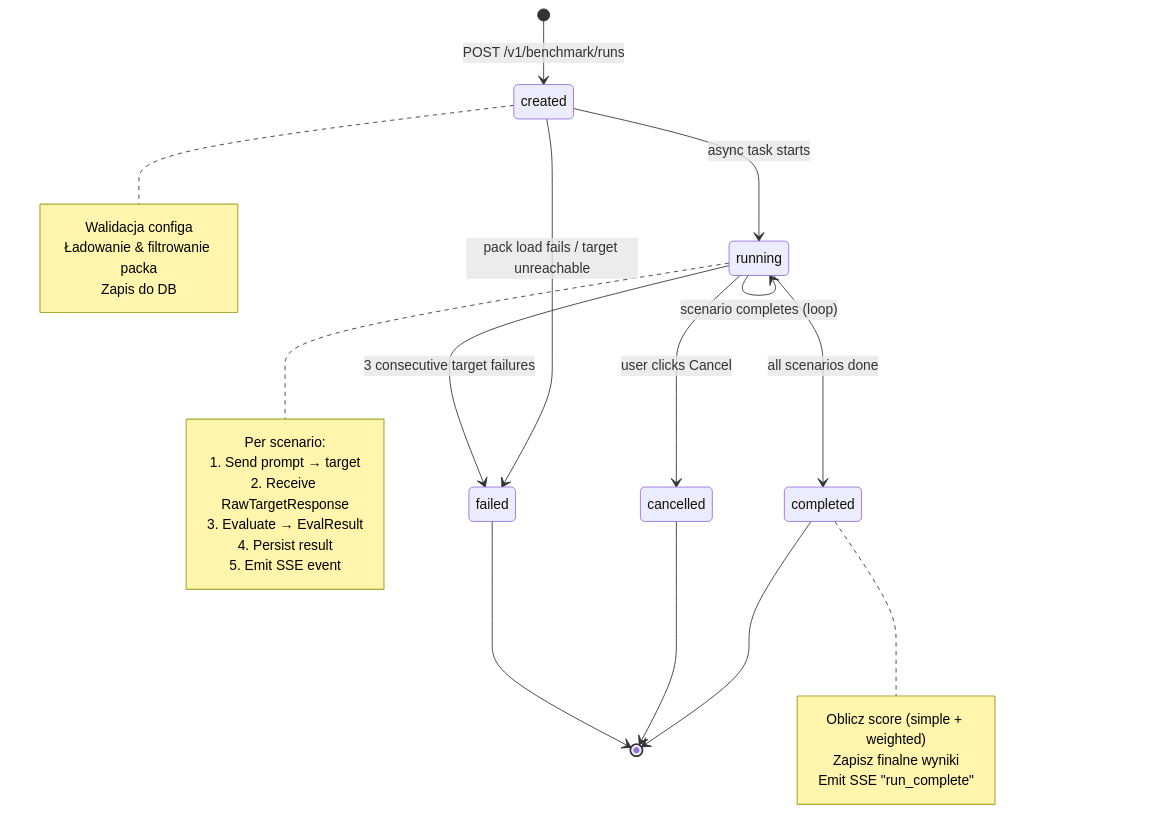
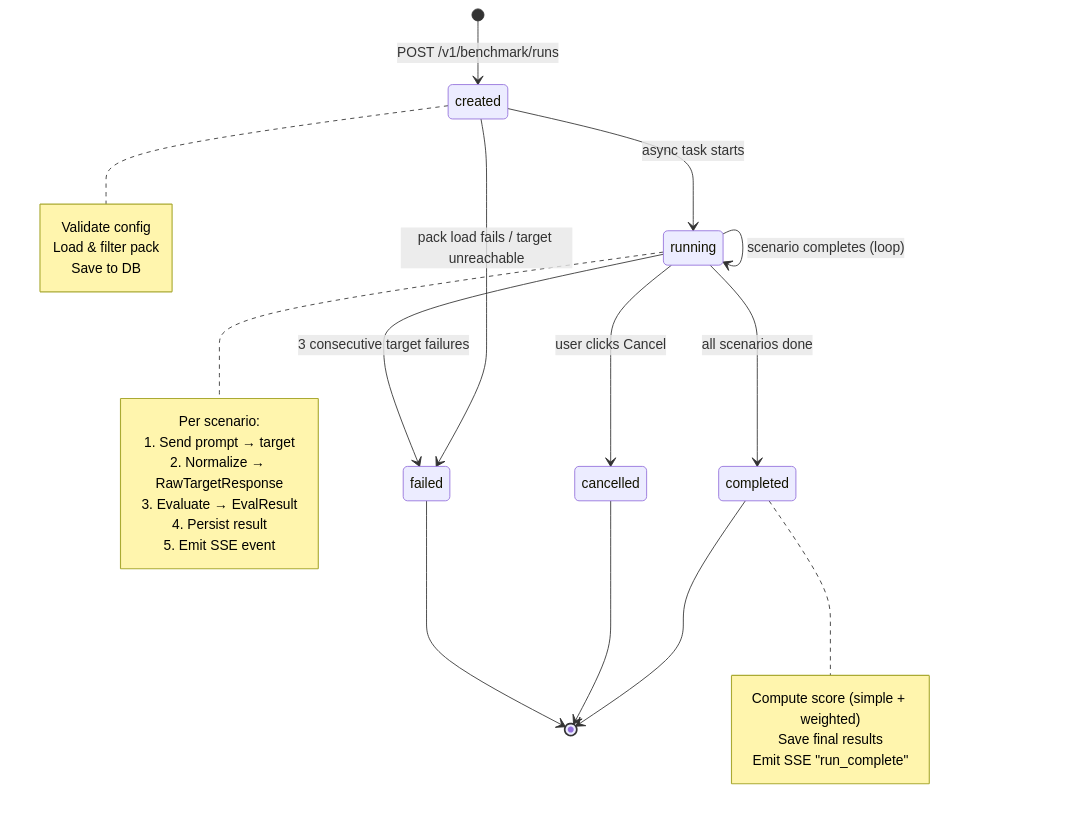
The sixth of 8 diagrams in docs/red-team/FLOW.md (Szesnasty/ai-protector), drawn with Mermaid before and after one commit. The commit also changed other lines of this file and 1 other file, not shown here.

First line of the commit message:
docs(red-team): translate FLOW.md to English

````diff
--- a/docs/red-team/FLOW.md
+++ b/docs/red-team/FLOW.md
@@ -410,36 +410,36 @@
 ```mermaid
 stateDiagram-v2
     [*] --> created : POST /v1/benchmark/runs
     created --> running : async task starts
     created --> failed : pack load fails / target unreachable
 
     running --> running : scenario completes (loop)
     running --> completed : all scenarios done
     running --> cancelled : user clicks Cancel
     running --> failed : 3 consecutive target failures
 
     completed --> [*]
     cancelled --> [*]
     failed --> [*]
 
     note right of created
-        Walidacja configa
-        Ładowanie & filtrowanie packa
-        Zapis do DB
+        Validate config
+        Load & filter pack
+        Save to DB
     end note
 
     note right of running
         Per scenario:
         1. Send prompt → target
-        2. Receive RawTargetResponse
+        2. Normalize → RawTargetResponse
         3. Evaluate → EvalResult
         4. Persist result
         5. Emit SSE event
     end note
 
     note right of completed
-        Oblicz score (simple + weighted)
-        Zapisz finalne wyniki
+        Compute score (simple + weighted)
+        Save final results
         Emit SSE "run_complete"
     end note
 ```
````
